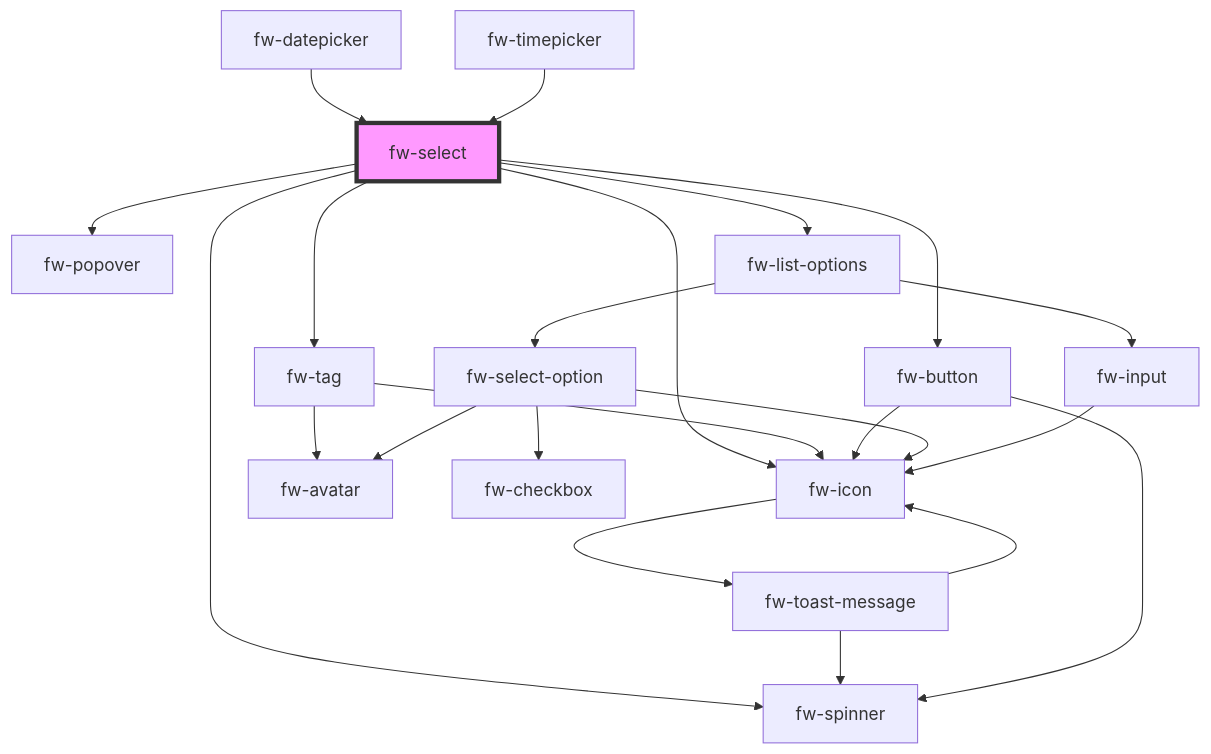
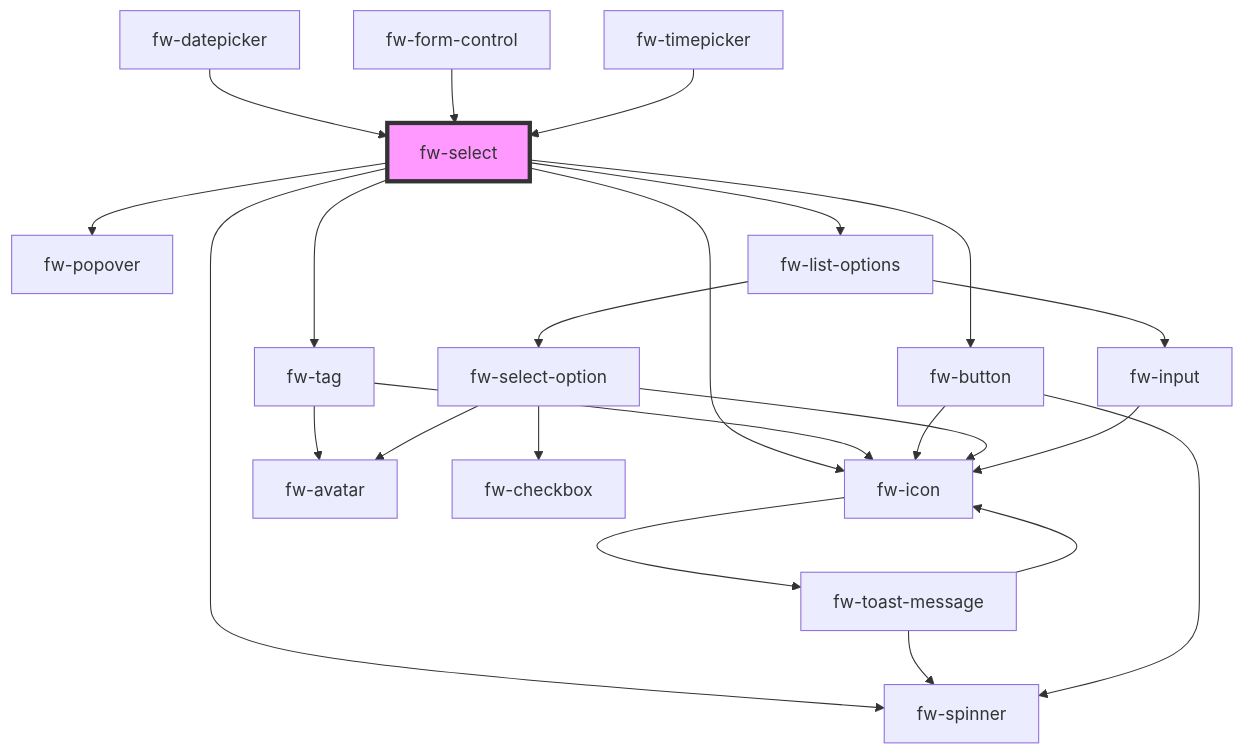
The diagram in packages/crayons-core/src/components/select/readme.md (freshworks/crayons), drawn with Mermaid before and after one commit. The commit also changed other lines of this file and 12 other files, not shown here.

Commit message:
feat(form-control): form-control with form handling via slots

````diff
--- a/packages/crayons-core/src/components/select/readme.md
+++ b/packages/crayons-core/src/components/select/readme.md
@@ -1006,25 +1007,26 @@
 ```mermaid
 graph TD;
   fw-select --> fw-tag
   fw-select --> fw-popover
   fw-select --> fw-button
   fw-select --> fw-spinner
   fw-select --> fw-icon
   fw-select --> fw-list-options
   fw-tag --> fw-avatar
   fw-tag --> fw-icon
   fw-icon --> fw-toast-message
   fw-toast-message --> fw-spinner
   fw-toast-message --> fw-icon
   fw-button --> fw-spinner
   fw-button --> fw-icon
   fw-list-options --> fw-select-option
   fw-list-options --> fw-input
   fw-select-option --> fw-icon
   fw-select-option --> fw-checkbox
   fw-select-option --> fw-avatar
   fw-input --> fw-icon
   fw-datepicker --> fw-select
+  fw-form-control --> fw-select
   fw-timepicker --> fw-select
   style fw-select fill:#f9f,stroke:#333,stroke-width:4px
 ```
````
